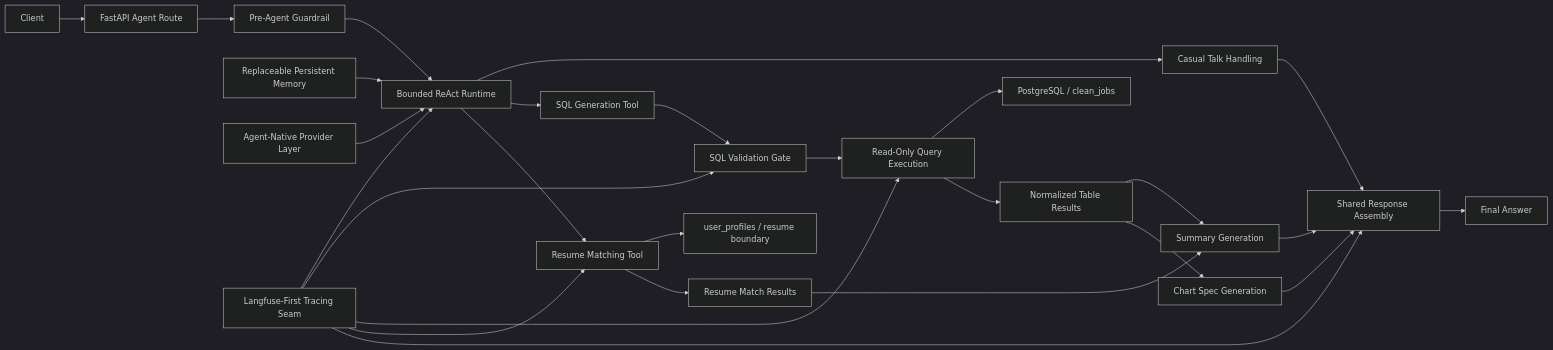
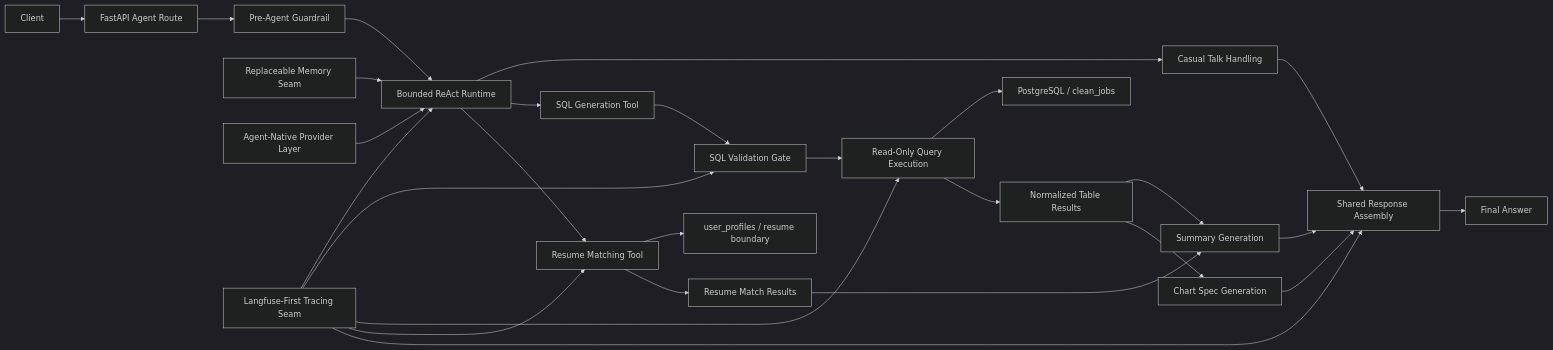
The first of 2 diagrams in docs/agent/architecture.md (Park-Hip/Intern-Hunter), drawn with Mermaid (dark theme) before and after one commit. The commit also changed other lines of this file and 38 other files, not shown here.

````diff
--- a/docs/agent/architecture.md
+++ b/docs/agent/architecture.md
@@ -154,29 +166,29 @@
 ```mermaid
 flowchart LR
     Client["Client"] --> API["FastAPI Agent Route"]
     API --> Guardrail["Pre-Agent Guardrail"]
     Guardrail --> Agent["Bounded ReAct Runtime"]
-    Memory["Replaceable Persistent Memory"] --> Agent
+    Memory["Replaceable Memory Seam"] --> Agent
     LLM["Agent-Native Provider Layer"] --> Agent
     Obs["Langfuse-First Tracing Seam"] --> Agent
     Agent --> Talk["Casual Talk Handling"]
     Agent --> SQLGen["SQL Generation Tool"]
     SQLGen --> Validator["SQL Validation Gate"]
     Validator --> Executor["Read-Only Query Execution"]
     Executor --> DB["PostgreSQL / clean_jobs"]
     Executor --> Table["Normalized Table Results"]
     Agent --> ResumeTool["Resume Matching Tool"]
     ResumeTool --> ResumeStore["user_profiles / resume boundary"]
     ResumeTool --> ResumeResults["Resume Match Results"]
     Table --> Summary["Summary Generation"]
     Table --> Chart["Chart Spec Generation"]
     ResumeResults --> Summary
     Obs --> Validator
     Obs --> Executor
     Obs --> ResumeTool
     Summary --> Response["Shared Response Assembly"]
     Chart --> Response
     Talk --> Response
     Response --> Final["Final Answer"]
     Obs --> Response
 ```
````
